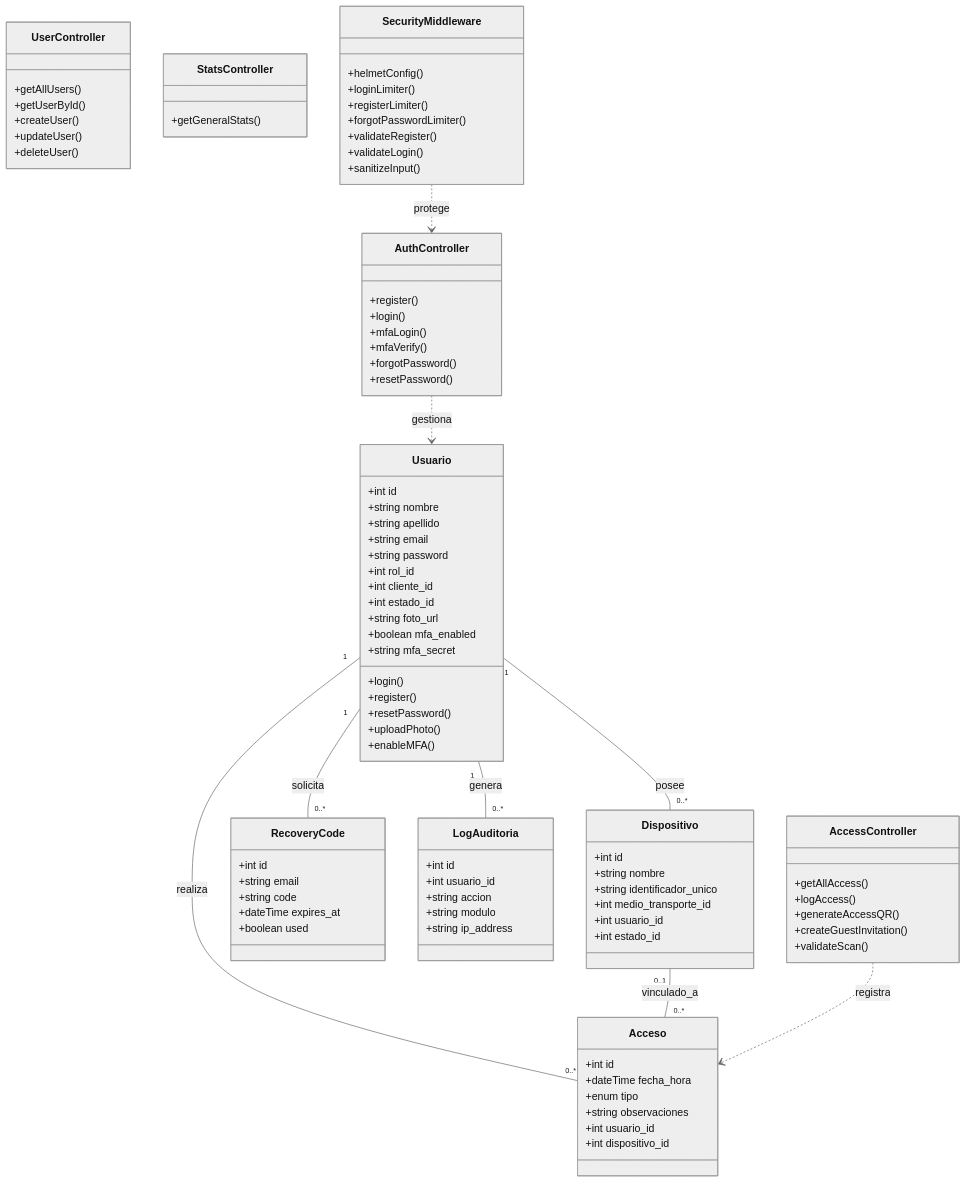
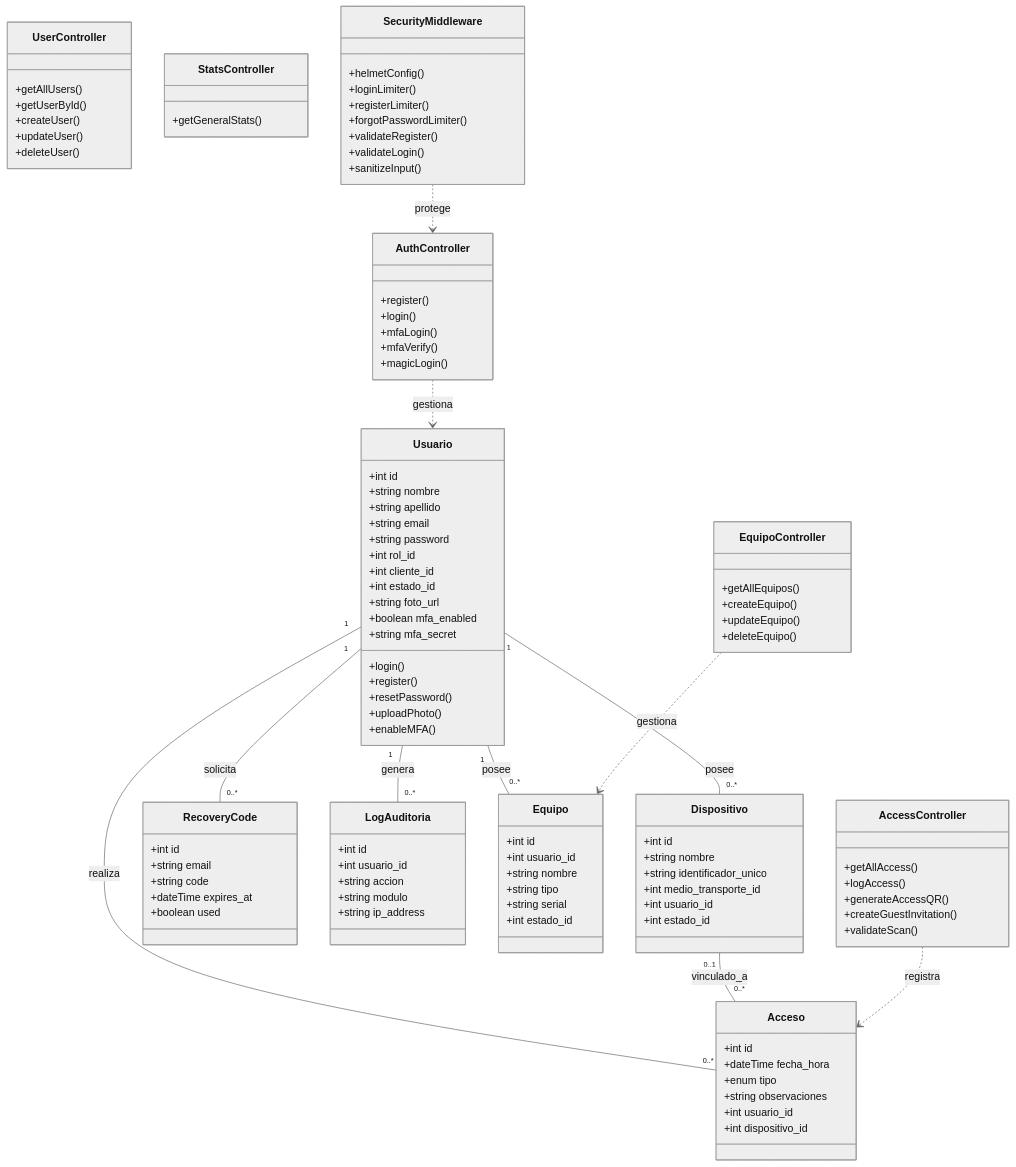
The second of 7 diagrams in docs/02_DIAGRAMAS_SISTEMA.md (islanys31/Passly), drawn with Mermaid (neutral theme) before and after one commit. The commit also changed other lines of this file and 14 other files, not shown here.

````diff
--- a/docs/02_DIAGRAMAS_SISTEMA.md
+++ b/docs/02_DIAGRAMAS_SISTEMA.md
@@ -100,13 +100,20 @@
         +string modulo
         +string ip_address
     }
+    class Equipo {
+        +int id
+        +int usuario_id
+        +string nombre
+        +string tipo
+        +string serial
+        +int estado_id
+    }
     class AuthController {
         +register()
         +login()
         +mfaLogin()
         +mfaVerify()
-        +forgotPassword()
-        +resetPassword()
+        +magicLogin()
     }
     class UserController {
         +getAllUsers()
@@ -122,6 +129,12 @@
         +createGuestInvitation()
         +validateScan()
     }
+    class EquipoController {
+        +getAllEquipos()
+        +createEquipo()
+        +updateEquipo()
+        +deleteEquipo()
+    }
     class StatsController {
         +getGeneralStats()
     }
@@ -136,11 +149,13 @@
     }
 
     Usuario "1" -- "0..*" Dispositivo : posee
+    Usuario "1" -- "0..*" Equipo : posee
     Usuario "1" -- "0..*" Acceso : realiza
     Usuario "1" -- "0..*" LogAuditoria : genera
     Dispositivo "0..1" -- "0..*" Acceso : vinculado_a
     Usuario "1" -- "0..*" RecoveryCode : solicita
     AuthController ..> Usuario : gestiona
     AccessController ..> Acceso : registra
+    EquipoController ..> Equipo : gestiona
     SecurityMiddleware ..> AuthController : protege
 ```
````
